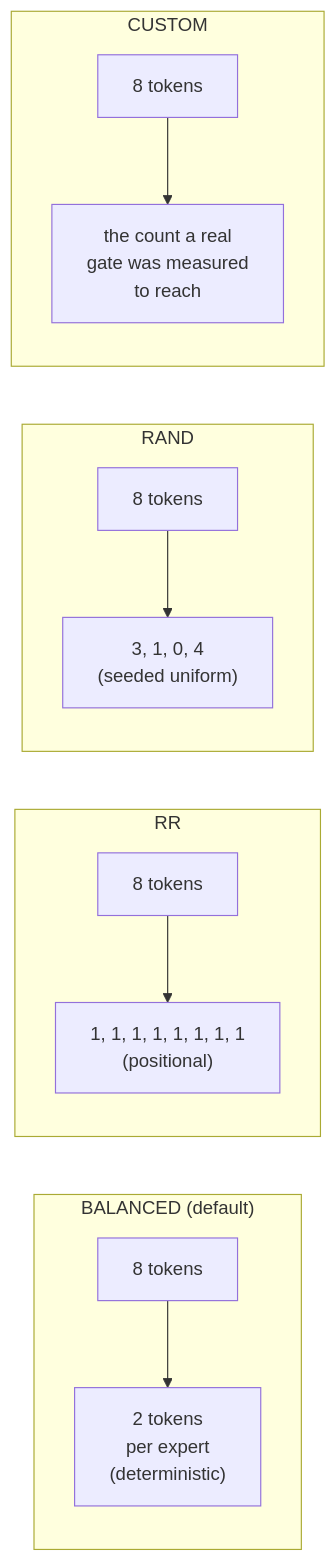
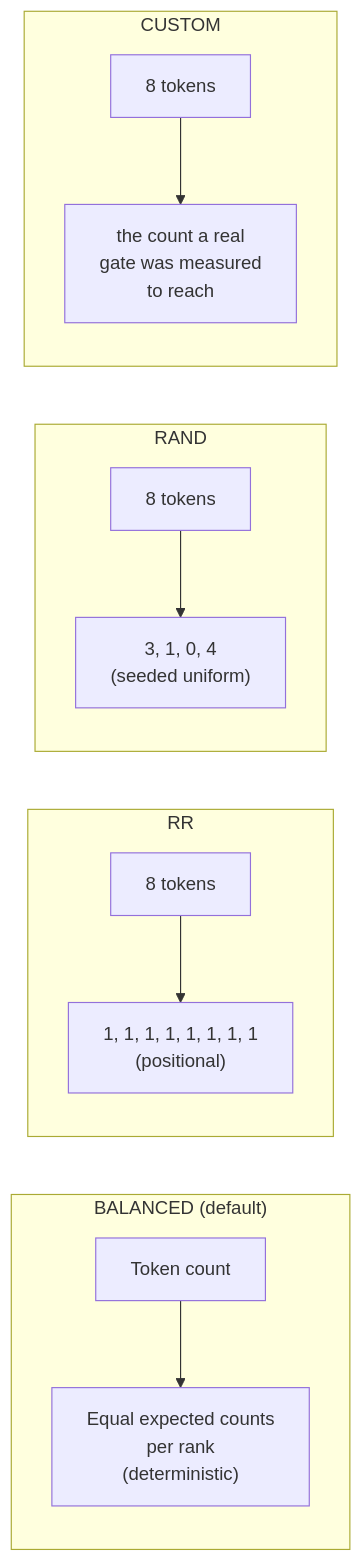
One commit to casys-kaist/LLMServingSim changed the diagram in docs/docs/simulator/moe-expert-routing.md. Above: the diagram before and after it, drawn with Mermaid. The commit also changed other lines of this file and 8 other files, not shown here.

Commit message:
Advance token positions in round-robin expert routing

````diff
--- a/docs/docs/simulator/moe-expert-routing.md
+++ b/docs/docs/simulator/moe-expert-routing.md
@@ -47,15 +47,15 @@
 ```mermaid
 flowchart LR
     subgraph BAL["BALANCED (default)"]
-        TB["8 tokens"] --> ASB["2 tokens<br/>per expert<br/>(deterministic)"]
+        TB["Token count"] --> ASB["Equal expected counts<br/>per rank<br/>(deterministic)"]
     end
     subgraph RR["RR"]
         TR["8 tokens"] --> ASR["1, 1, 1, 1, 1, 1, 1, 1<br/>(positional)"]
     end
     subgraph RND["RAND"]
         TN["8 tokens"] --> ASN["3, 1, 0, 4<br/>(seeded uniform)"]
     end
     subgraph CST["CUSTOM"]
         TC["8 tokens"] --> ASC["the count a real<br/>gate was measured<br/>to reach"]
     end
 ```
````
